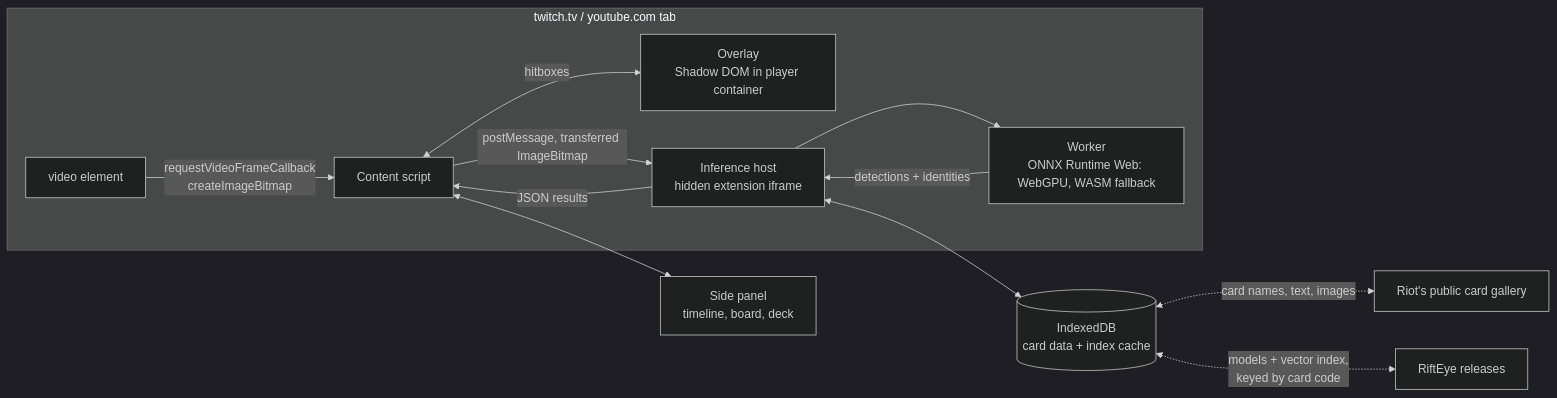
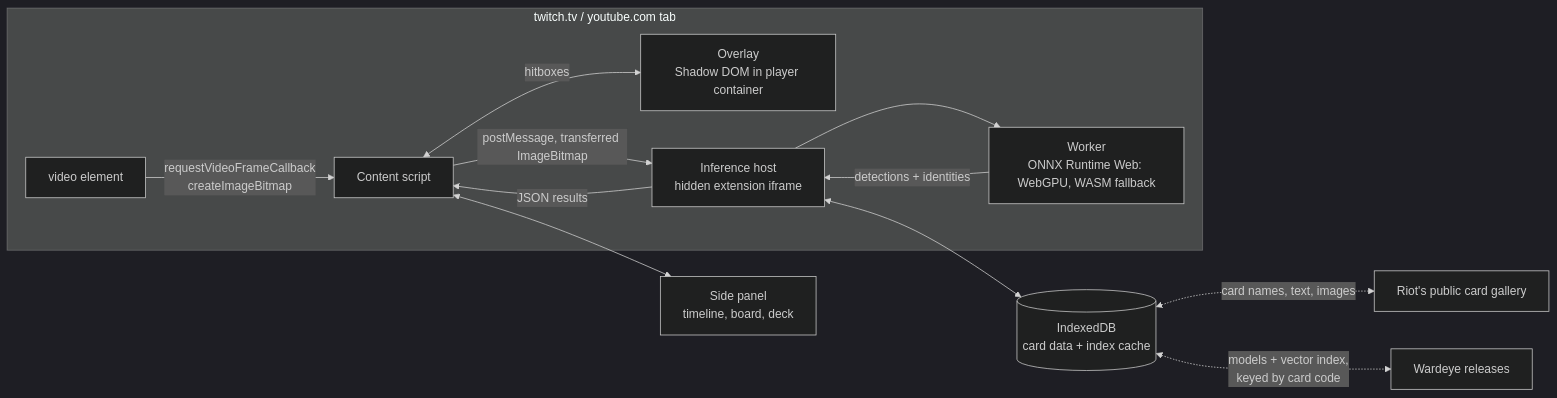
One commit to effe-exe/Wardeye changed the second of 2 diagrams in docs/ARCHITECTURE.md. Above: the diagram before and after it, drawn with Mermaid (dark theme). The commit also changed other lines of this file and 110 other files, not shown here.

````diff
--- a/docs/ARCHITECTURE.md
+++ b/docs/ARCHITECTURE.md
@@ -200,15 +200,15 @@
 ```mermaid
 flowchart LR
   subgraph Tab[twitch.tv / youtube.com tab]
     V[video element] -->|requestVideoFrameCallback<br/>createImageBitmap| CS[Content script]
     CS <-->|hitboxes| OV[Overlay<br/>Shadow DOM in player container]
     CS -->|postMessage, transferred ImageBitmap| IH[Inference host<br/>hidden extension iframe]
     IH --> W[Worker<br/>ONNX Runtime Web: WebGPU, WASM fallback]
     W -->|detections + identities| IH
     IH -->|JSON results| CS
   end
   CS <--> SP[Side panel<br/>timeline, board, deck]
   IH <--> IDB[(IndexedDB<br/>card data + index cache)]
   IDB <-.->|card names, text, images| GAL[Riot's public card gallery]
-  IDB <-.->|models + vector index,<br/>keyed by card code| REL[RiftEye releases]
+  IDB <-.->|models + vector index,<br/>keyed by card code| REL[Wardeye releases]
 ```
````
